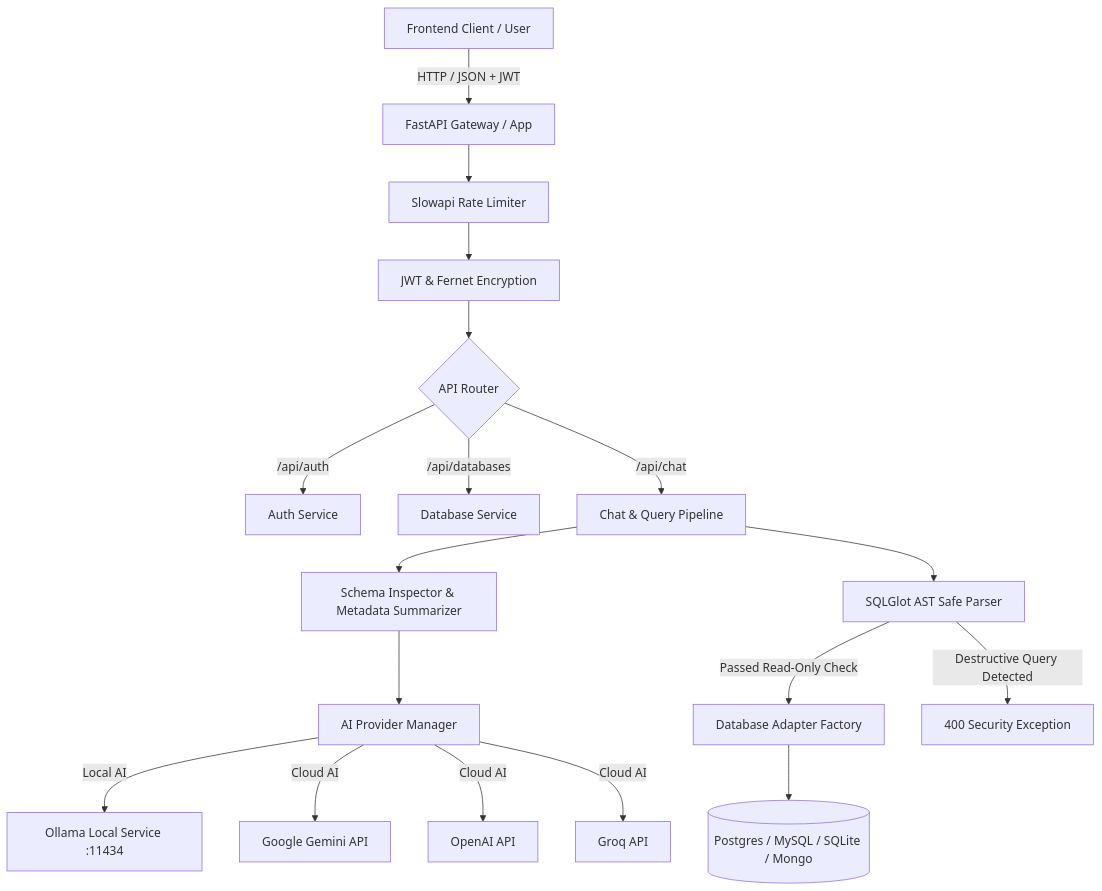
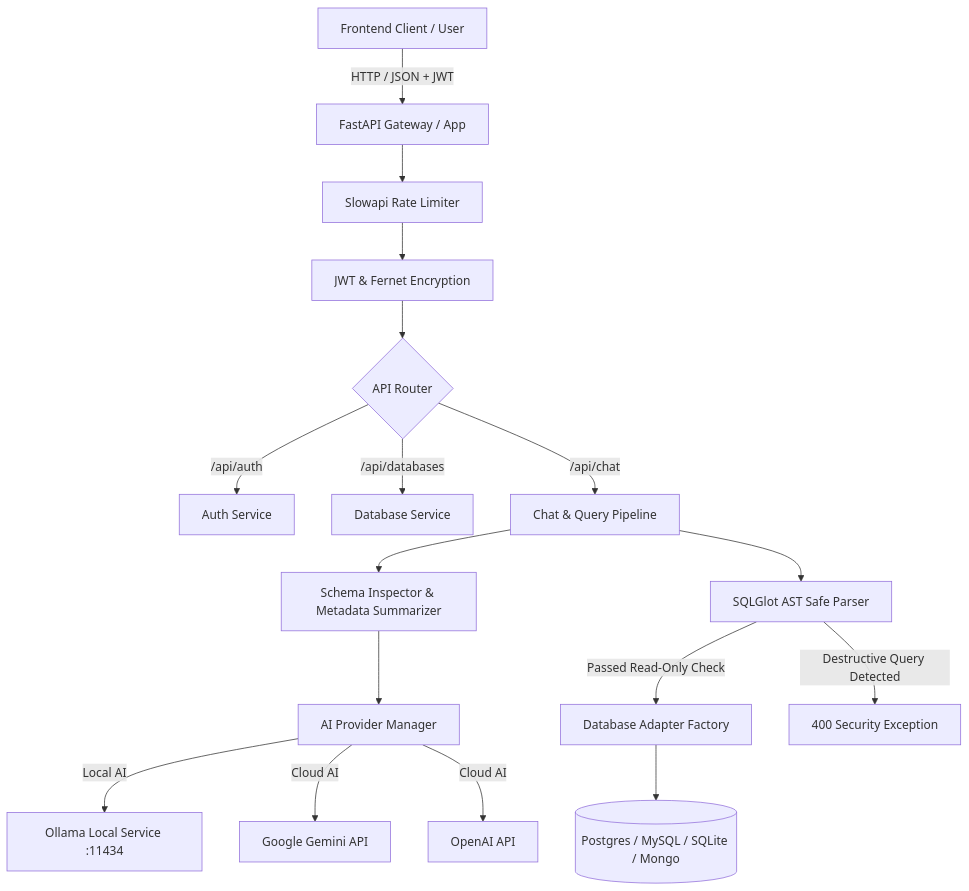
Before and after one commit to malviyakarishma/DataDuck-backend: the diagram in README.md, drawn with Mermaid. The commit also changed other lines of this file and 12 other files, not shown here.

First line of the commit message:
Add password reset flow and tighten SQL validation

````diff
--- a/README.md
+++ b/README.md
@@ -47,25 +46,24 @@
 ```mermaid
 flowchart TD
     Client[Frontend Client / User] -->|HTTP / JSON + JWT| API[FastAPI Gateway / App]
     API --> RateLimiter[Slowapi Rate Limiter]
     RateLimiter --> AuthMiddleware[JWT & Fernet Encryption]
     
     AuthMiddleware --> Router{API Router}
     Router -->|/api/auth| AuthSvc[Auth Service]
     Router -->|/api/databases| DBSvc[Database Service]
     Router -->|/api/chat| ChatSvc[Chat & Query Pipeline]
     
     ChatSvc --> SchemaSvc[Schema Inspector & Metadata Summarizer]
     SchemaSvc --> AIBridge[AI Provider Manager]
     
     AIBridge -->|Local AI| Ollama[Ollama Local Service :11434]
     AIBridge -->|Cloud AI| Gemini[Google Gemini API]
     AIBridge -->|Cloud AI| OpenAI[OpenAI API]
-    AIBridge -->|Cloud AI| Groq[Groq API]
     
     ChatSvc --> ASTValidator[SQLGlot AST Safe Parser]
     ASTValidator -->|Passed Read-Only Check| Adapter[Database Adapter Factory]
     ASTValidator -->|Destructive Query Detected| Block[400 Security Exception]
     
     Adapter --> TargetDB[(Postgres / MySQL / SQLite / Mongo)]
 ```
````
